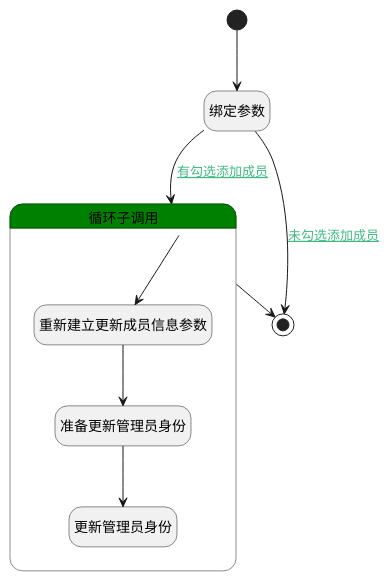
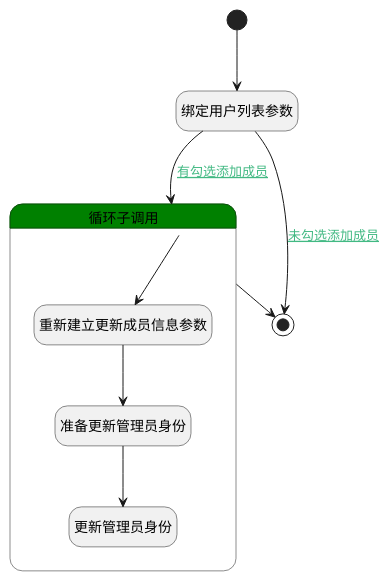
The diagram in doc/docsify/module/Wiki/space/logic/change_admin_role.md (iBizLab/plm), drawn with PlantUML before and after one commit. The commit also changed other lines of this file and 1778 other files, not shown here.

````diff
--- a/doc/docsify/module/Wiki/space/logic/change_admin_role.md
+++ b/doc/docsify/module/Wiki/space/logic/change_admin_role.md
@@ -7,31 +7,31 @@
 ```plantuml
 @startuml
 hide empty description
 <style>
 root {
   HyperlinkColor #42b983
 }
 </style>
 
 hide empty description
 state "开始" as Begin <<start>> [[$./change_admin_role#begin {"开始"}]]
-state "绑定参数" as BINDPARAM1  [[$./change_admin_role#bindparam1 {"绑定参数"}]]
+state "绑定用户列表参数" as BINDPARAM1  [[$./change_admin_role#bindparam1 {"绑定用户列表参数"}]]
 state "结束" as END1 <<end>> [[$./change_admin_role#end1 {"结束"}]]
 state "循环子调用" as LOOPSUBCALL1  [[$./change_admin_role#loopsubcall1 {"循环子调用"}]] #green {
 state "重新建立更新成员信息参数" as RENEWPARAM4  [[$./change_admin_role#renewparam4 {"重新建立更新成员信息参数"}]]
 state "准备更新管理员身份" as PREPAREPARAM2  [[$./change_admin_role#prepareparam2 {"准备更新管理员身份"}]]
 state "更新管理员身份" as DEACTION1  [[$./change_admin_role#deaction1 {"更新管理员身份"}]]
 }
 
 
 Begin --> BINDPARAM1
 BINDPARAM1 --> LOOPSUBCALL1 : [[$./change_admin_role#bindparam1-loopsubcall1{有勾选添加成员} 有勾选添加成员]]
 LOOPSUBCALL1 --> RENEWPARAM4
 RENEWPARAM4 --> PREPAREPARAM2
 PREPAREPARAM2 --> DEACTION1
 LOOPSUBCALL1 --> END1
 BINDPARAM1 --> END1 : [[$./change_admin_role#bindparam1-end1{未勾选添加成员} 未勾选添加成员]]
 
 
 @enduml
 ```
````
